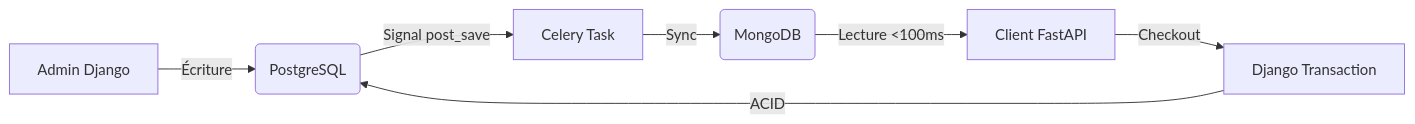
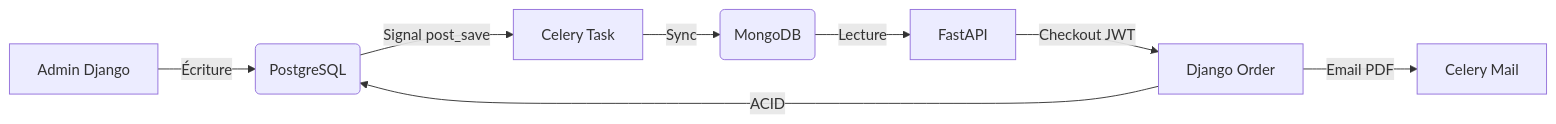
The diagram in README.md (TebitR/ecommerce-hybrid), drawn with Mermaid before and after one commit. The commit also changed other lines of this file and 11 other files, not shown here.

````diff
--- a/README.md
+++ b/README.md
@@ -44,9 +47,10 @@
 ```mermaid
 graph LR
     A[Admin Django] -->|Écriture| B(PostgreSQL)
     B -->|Signal post_save| C[Celery Task]
     C -->|Sync| D(MongoDB)
-    D -->|Lecture <100ms| E[Client FastAPI]
-    E -->|Checkout| F[Django Transaction]
+    D -->|Lecture| E[FastAPI]
+    E -->|Checkout JWT| F[Django Order]
     F -->|ACID| B
+    F -->|Email PDF| G[Celery Mail]
 ```
````
